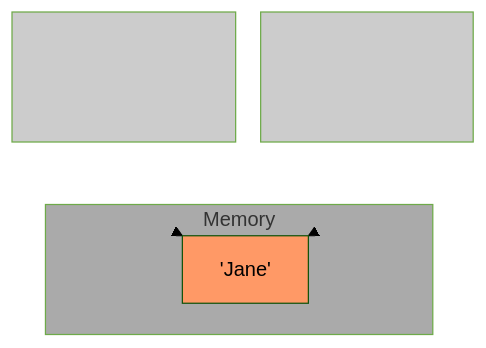
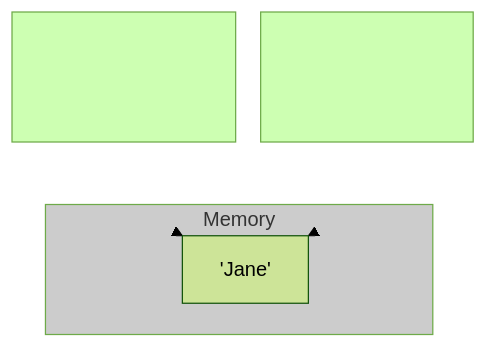
Before and after one commit to JoseBlanca/intro_programing_python: the second of 4 diagrams in quarto/functions/definition.qmd, drawn with Mermaid (forest theme). The commit also changed other lines of this file, not shown here.

Commit message:
mermaid theme updated

````diff
--- a/quarto/functions/definition.qmd
+++ b/quarto/functions/definition.qmd
@@ -150,22 +152,19 @@
 ```{mermaid}
 flowchart TB
-    main:::scope
     subgraph main [ ]
     person:::invisible
     end
-    say:::scope
     subgraph say [ ]
     name:::invisible
     end
     Memory:::memory
     subgraph Memory
-    Jane["'Jane'"]:::variable
+    Jane["'Jane'"]
     end
     person --> Jane
     name --> Jane
     classDef variable fill:#f96
     classDef invisible opacity:0%
-    classDef memory fill:#aaa
-    classDef scope fill:#ccc
+    classDef memory fill:#ccc
     linkStyle 0,1 stroke-width:0px
 ```
````
